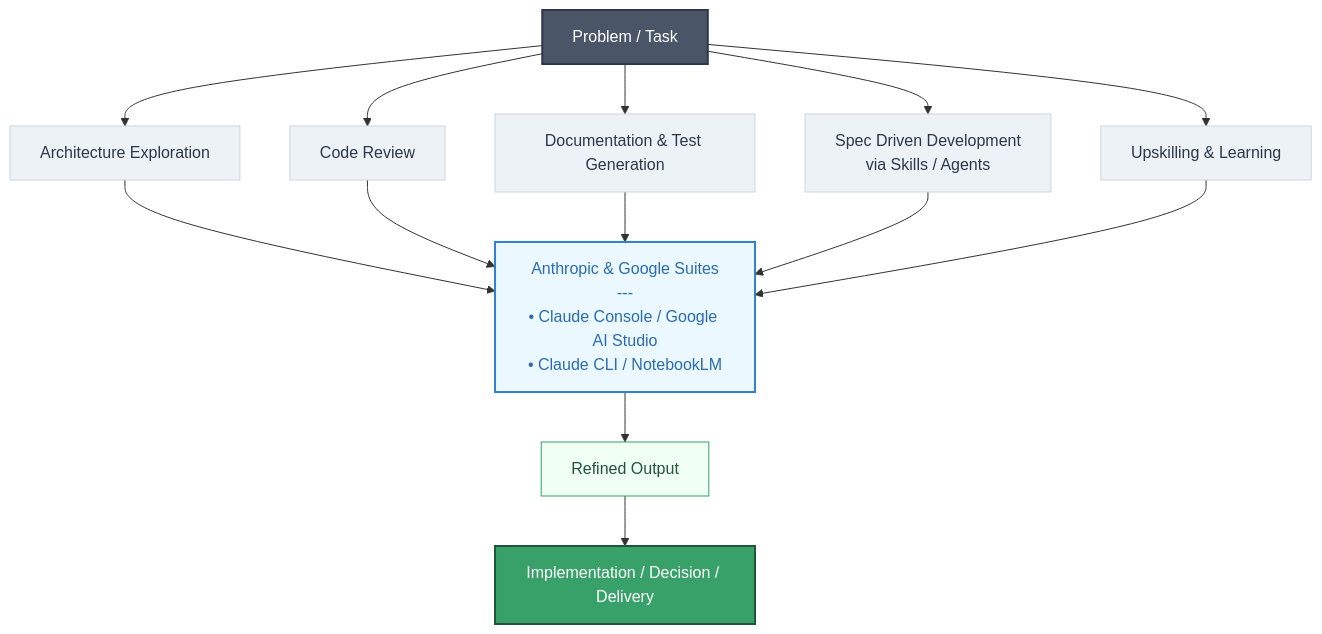
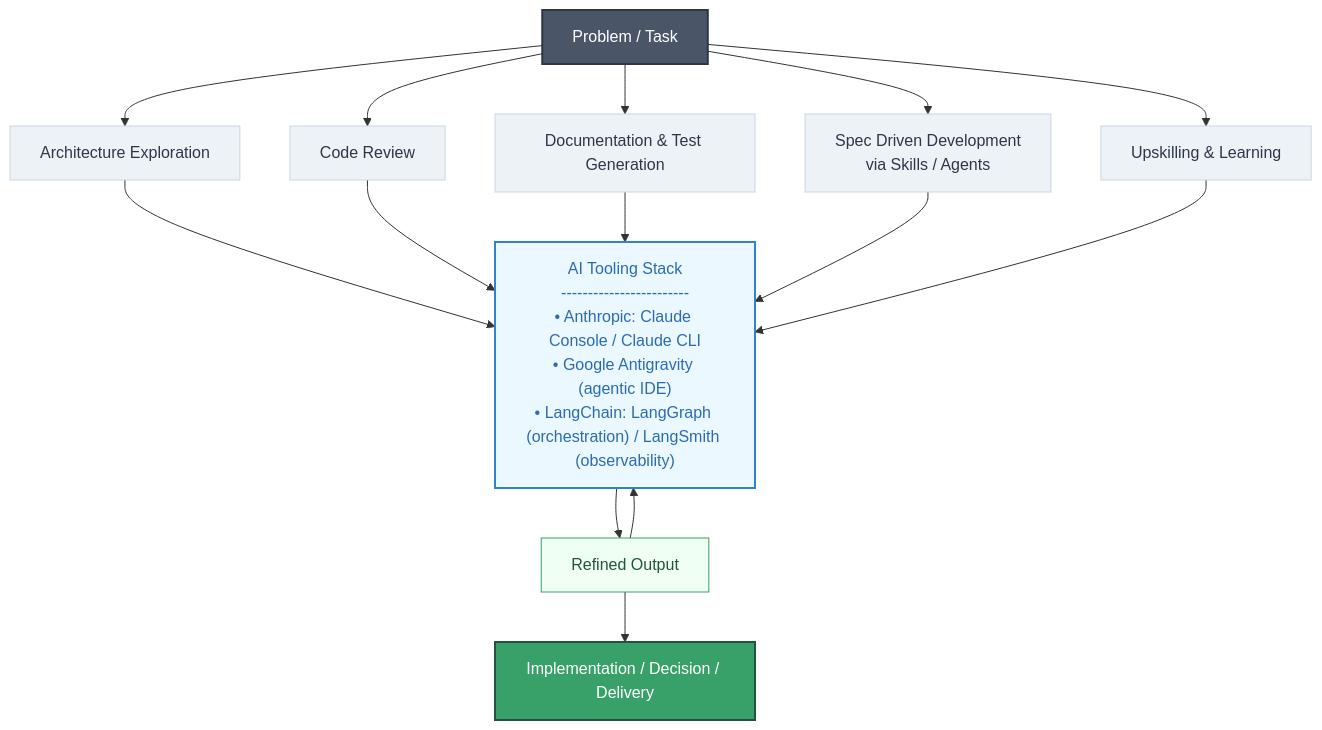
One commit to ivintoiu/ivintoiu changed the diagram in README.md. Above: the diagram before and after it, drawn with Mermaid.

Commit message:
Update AI Tooling Stack description in README

````diff
--- a/README.md
+++ b/README.md
@@ -40,32 +40,33 @@
 ```mermaid
 flowchart TD
 
     A[Problem / Task] --> B[Architecture Exploration]
     A --> C[Code Review]
     A --> D[Documentation & Test Generation]
     A --> E[Spec Driven Development<br/>via Skills / Agents]
     A --> F[Upskilling & Learning]
 
-    B --> G["Anthropic & Google Suites<br>---<br>• Claude Console / Google AI Studio<br>• Claude CLI / NotebookLM<br>"]
+    B --> G["AI Tooling Stack<br>------------------------<br>• Anthropic: Claude Console / Claude CLI<br>• Google Antigravity (agentic IDE)<br>• LangChain: LangGraph (orchestration) / LangSmith (observability)"]
     C --> G
     D --> G
     E --> G
     F --> G
     
     G --> J[Refined Output]
+    J --> G
     J --> K[Implementation / Decision / Delivery]
 
     %% Color Palette Styles
     style A fill:#4A5568,stroke:#2D3748,stroke-width:2px,color:#FFF
     
     style B fill:#EDF2F7,stroke:#CBD5E0,stroke-width:1px,color:#2D3748
     style C fill:#EDF2F7,stroke:#CBD5E0,stroke-width:1px,color:#2D3748
     style D fill:#EDF2F7,stroke:#CBD5E0,stroke-width:1px,color:#2D3748
     style E fill:#EDF2F7,stroke:#CBD5E0,stroke-width:1px,color:#2D3748
     style F fill:#EDF2F7,stroke:#CBD5E0,stroke-width:1px,color:#2D3748
     
     style G fill:#EBF8FF,stroke:#3182CE,stroke-width:2px,color:#2B6CB0
     
     style J fill:#F0FFF4,stroke:#38A169,stroke-width:1px,color:#22543D
     style K fill:#38A169,stroke:#22543D,stroke-width:2px,color:#FFF
 ```
````
